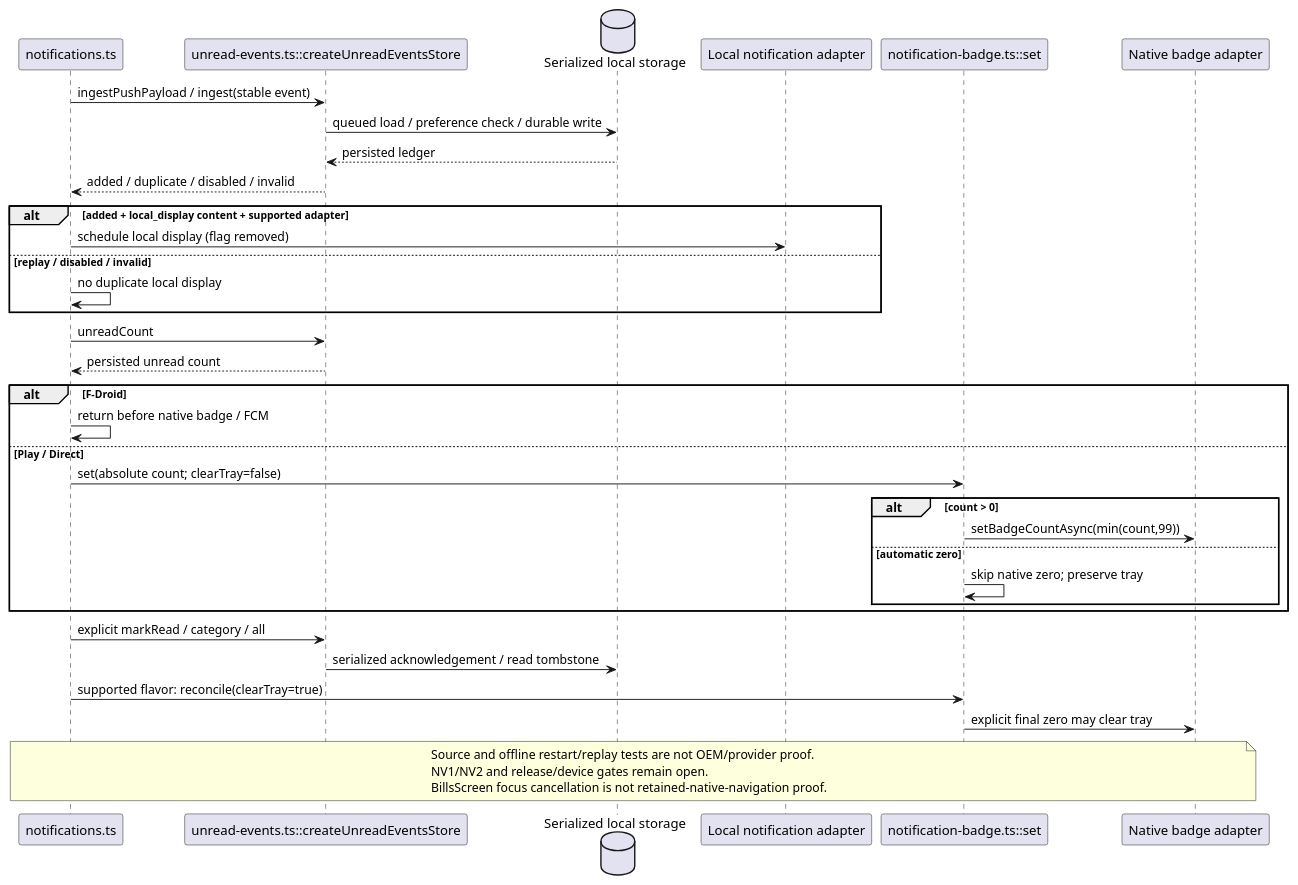
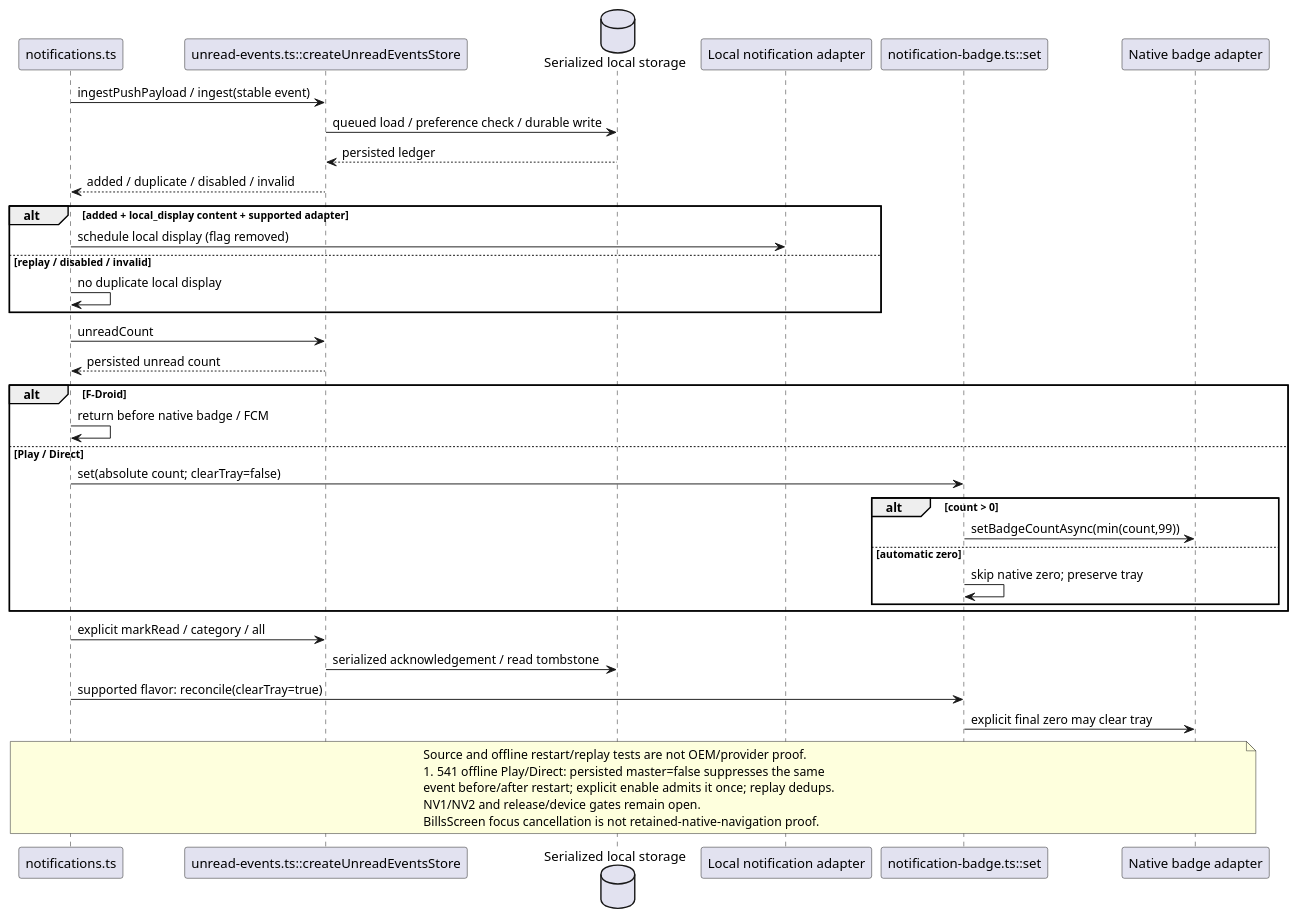
Diagram 29 of 29 in docs/architecture/main-path.puml (NeaBouli/pnyx), drawn with PlantUML before and after one commit. The commit also changed other lines of this file and 3 other files, not shown here.

```diff
--- a/docs/architecture/main-path.puml
+++ b/docs/architecture/main-path.puml
@@ -728,38 +728,40 @@
 @startuml T9055_mobile_unread
 participant "notifications.ts" as Notifications
 participant "unread-events.ts::createUnreadEventsStore" as Ledger
 database "Serialized local storage" as Storage
 participant "Local notification adapter" as Local
 participant "notification-badge.ts::set" as Badge
 participant "Native badge adapter" as Native
 Notifications -> Ledger : ingestPushPayload / ingest(stable event)
 Ledger -> Storage : queued load / preference check / durable write
 Storage --> Ledger : persisted ledger
 Ledger --> Notifications : added / duplicate / disabled / invalid
 alt added + local_display content + supported adapter
   Notifications -> Local : schedule local display (flag removed)
 else replay / disabled / invalid
   Notifications -> Notifications : no duplicate local display
 end
 Notifications -> Ledger : unreadCount
 Ledger --> Notifications : persisted unread count
 alt F-Droid
   Notifications -> Notifications : return before native badge / FCM
 else Play / Direct
   Notifications -> Badge : set(absolute count; clearTray=false)
   alt count > 0
     Badge -> Native : setBadgeCountAsync(min(count,99))
   else automatic zero
     Badge -> Badge : skip native zero; preserve tray
   end
 end
 Notifications -> Ledger : explicit markRead / category / all
 Ledger -> Storage : serialized acknowledgement / read tombstone
 Notifications -> Badge : supported flavor: reconcile(clearTray=true)
 Badge -> Native : explicit final zero may clear tray
 note over Notifications,Native
 Source and offline restart/replay tests are not OEM/provider proof.
+#541 offline Play/Direct: persisted master=false suppresses the same
+event before/after restart; explicit enable admits it once; replay dedups.
 NV1/NV2 and release/device gates remain open.
 BillsScreen focus cancellation is not retained-native-navigation proof.
 end note
 @enduml
```
